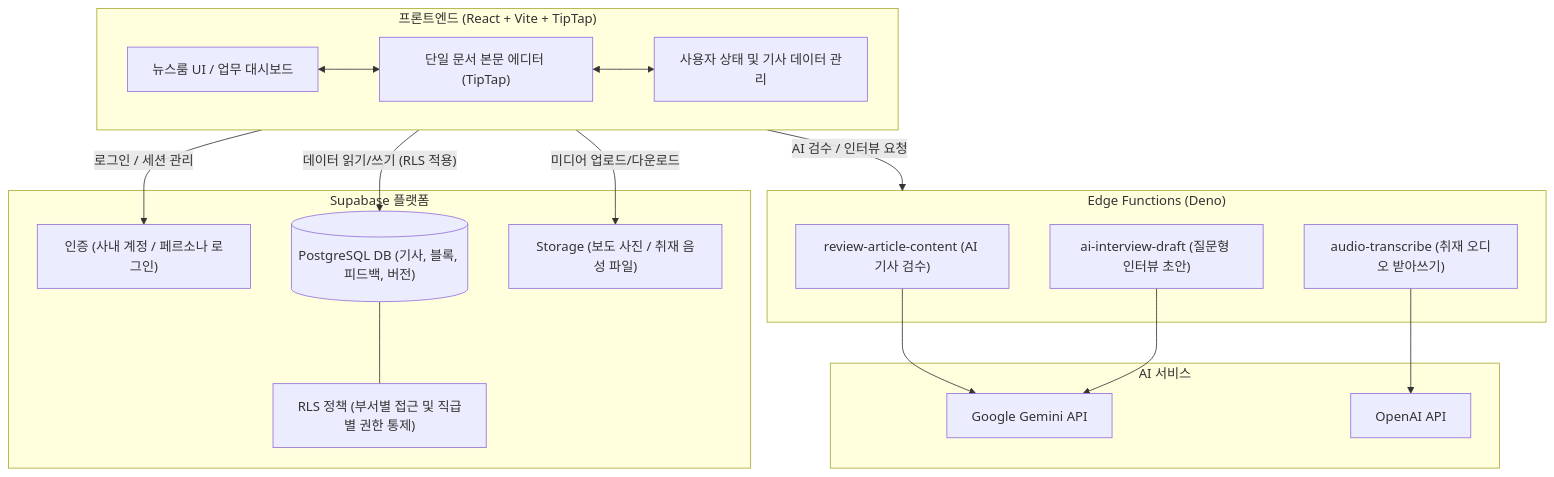
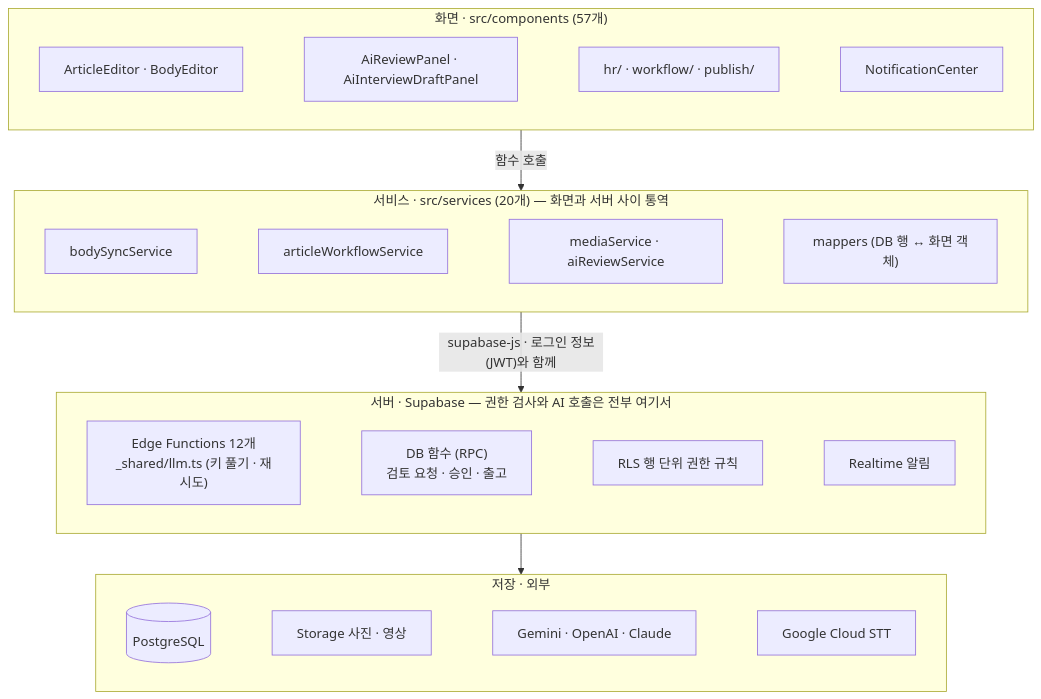
The second of 2 diagrams in README.md (INTP-ENFJ/A-TEAM), drawn with Mermaid before and after one commit. The commit also changed other lines of this file and 16 other files, not shown here.

````diff
--- a/README.md
+++ b/README.md
@@ -52,39 +117,18 @@
 ```mermaid
 flowchart TD
-    subgraph Client ["프론트엔드 (React + Vite + TipTap)"]
-        UI["뉴스룸 UI / 업무 대시보드"]
-        Editor["단일 문서 본문 에디터 (TipTap)"]
-        State["사용자 상태 및 기사 데이터 관리"]
-        UI <--> Editor
-        Editor <--> State
+    subgraph UI ["화면 · src/components (57개)"]
+        E["ArticleEditor · BodyEditor"] ~~~ P["AiReviewPanel · AiInterviewDraftPanel"] ~~~ H["hr/ · workflow/ · publish/"] ~~~ N["NotificationCenter"]
     end
-
-    subgraph SupabasePlatform ["Supabase 플랫폼"]
-        Auth["인증 (사내 계정 / 페르소나 로그인)"]
-        DB[("PostgreSQL DB (기사, 블록, 피드백, 버전)")]
-        Storage["Storage (보도 사진 / 취재 음성 파일)"]
-        RLS["RLS 정책 (부서별 접근 및 직급별 권한 통제)"]
-        
-        DB --- RLS
+    subgraph SVC ["서비스 · src/services (20개) — 화면과 서버 사이 통역"]
+        S1["bodySyncService"] ~~~ S2["articleWorkflowService"] ~~~ S3["mediaService · aiReviewService"] ~~~ S4["mappers (DB 행 ↔ 화면 객체)"]
     end
-
-    subgraph Serverless ["Edge Functions (Deno)"]
-        F_Review["review-article-content (AI 기사 검수)"]
-        F_Draft["ai-interview-draft (질문형 인터뷰 초안)"]
-        F_Audio["audio-transcribe (취재 오디오 받아쓰기)"]
+    subgraph SB ["서버 · Supabase — 권한 검사와 AI 호출은 전부 여기서"]
+        F["Edge Functions 12개<br/>_shared/llm.ts (키 풀기 · 재시도)"] ~~~ R["DB 함수 (RPC)<br/>검토 요청 · 승인 · 출고"] ~~~ L["RLS 행 단위 권한 규칙"] ~~~ RT["Realtime 알림"]
     end
-
-    subgraph AIProviders ["AI 서비스"]
-        Gemini["Google Gemini API"]
-        OpenAI["OpenAI API"]
+    subgraph EXT ["저장 · 외부"]
+        PG[("PostgreSQL")] ~~~ ST["Storage 사진 · 영상"] ~~~ AI["Gemini · OpenAI · Claude"] ~~~ G["Google Cloud STT"]
     end
-
-    Client -- "로그인 / 세션 관리" --> Auth
-    Client -- "데이터 읽기/쓰기 (RLS 적용)" --> DB
-    Client -- "미디어 업로드/다운로드" --> Storage
-    Client -- "AI 검수 / 인터뷰 요청" --> Serverless
-    
-    F_Review --> Gemini
-    F_Draft --> Gemini
-    F_Audio --> OpenAI
+    UI -- 함수 호출 --> SVC
+    SVC -- "supabase-js · 로그인 정보(JWT)와 함께" --> SB
+    SB --> EXT
 ```
````
